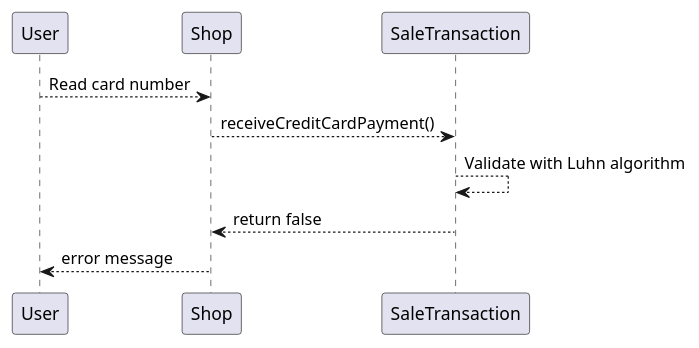
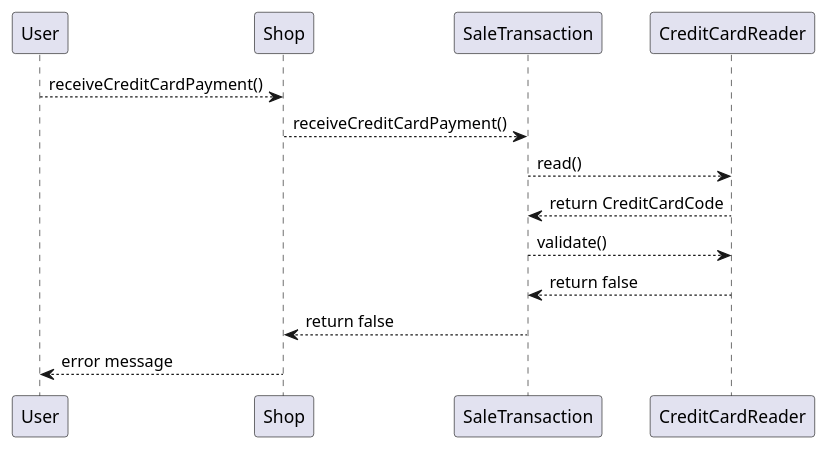
One commit to Stormz4/group20-EzShop changed the tenth of 12 diagrams in Deliverables/DesignDocument.md. Above: the diagram before and after it, drawn with PlantUML. The commit also changed other lines of this file, not shown here.

Commit message:
Docs: Design Doc - Add Readers (Package Diagram + Class Diagram), fixed Seq Diag for UC7

````diff
--- a/Deliverables/DesignDocument.md
+++ b/Deliverables/DesignDocument.md
@@ -381,9 +452,12 @@
 ```plantuml
 @startuml
-User --> Shop: Read card number
+User --> Shop: receiveCreditCardPayment()
 Shop --> SaleTransaction: receiveCreditCardPayment()
-SaleTransaction --> SaleTransaction: Validate with Luhn algorithm
+SaleTransaction --> CreditCardReader: read()
+CreditCardReader --> SaleTransaction: return CreditCardCode
+SaleTransaction --> CreditCardReader: validate() 
+CreditCardReader --> SaleTransaction: return false
 SaleTransaction --> Shop: return false
 Shop --> User : error message
 @enduml
 ```
````
